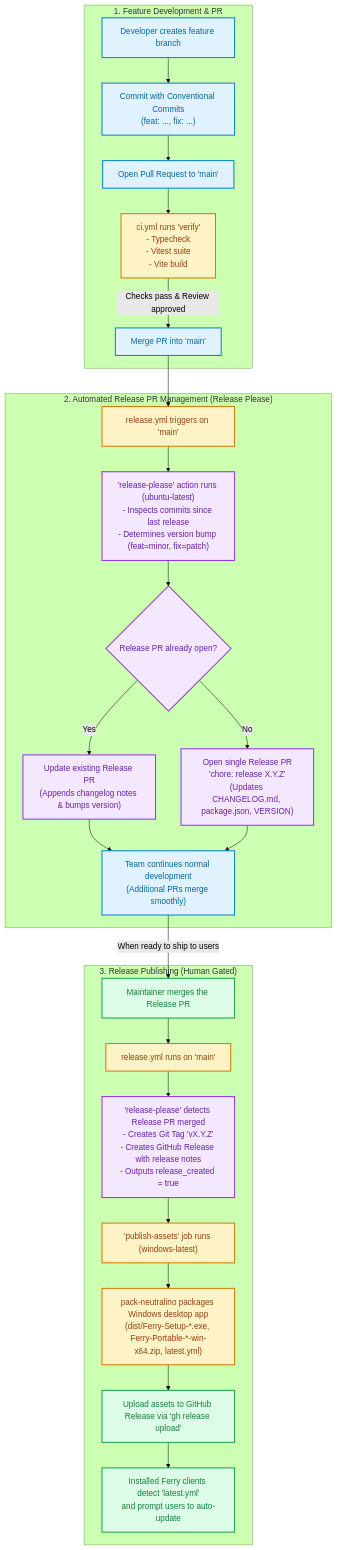
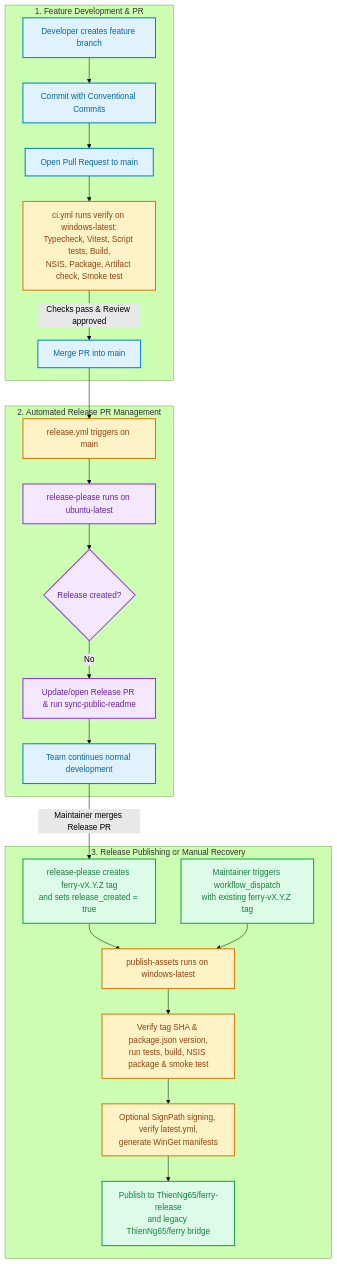
The diagram in docs/ci-cd-release-workflow.md (ThienNg65/ferry), drawn with Mermaid (forest theme) before and after one commit. The commit also changed other lines of this file and 1 other file, not shown here.

````diff
--- a/docs/ci-cd-release-workflow.md
+++ b/docs/ci-cd-release-workflow.md
@@ -21,34 +21,31 @@
 ```mermaid
 flowchart TD
     classDef dev fill:#e0f2fe,stroke:#0284c7,stroke-width:2px,color:#0369a1;
     classDef ci fill:#fef3c7,stroke:#d97706,stroke-width:2px,color:#92400e;
     classDef bot fill:#f3e8ff,stroke:#9333ea,stroke-width:2px,color:#6b21a8;
     classDef release fill:#dcfce7,stroke:#16a34a,stroke-width:2px,color:#15803d;
 
     subgraph Phase1["1. Feature Development & PR"]
-        A["Developer creates feature branch"]:::dev --> B["Commit with Conventional Commits\n(feat: ..., fix: ...)"]:::dev
-        B --> C["Open Pull Request to 'main'"]:::dev
-        C --> D["ci.yml runs 'verify'\n- Typecheck\n- Vitest suite\n- Vite build"]:::ci
-        D -->|Checks pass & Review approved| E["Merge PR into 'main'"]:::dev
+        A["Developer creates feature branch"]:::dev --> B["Commit with Conventional Commits"]:::dev
+        B --> C["Open Pull Request to main"]:::dev
+        C --> D["ci.yml runs verify on windows-latest:\nTypecheck, Vitest, Script tests, Build,\nNSIS, Package, Artifact check, Smoke test"]:::ci
+        D -->|Checks pass & Review approved| E["Merge PR into main"]:::dev
     end
 
-    subgraph Phase2["2. Automated Release PR Management (Release Please)"]
-        E --> F["release.yml triggers on 'main'"]:::ci
-        F --> G["'release-please' action runs (ubuntu-latest)\n- Inspects commits since last release\n- Determines version bump (feat=minor, fix=patch)"]:::bot
-        G --> H{"Release PR already open?"}:::bot
-        H -->|Yes| I["Update existing Release PR\n(Appends changelog notes & bumps version)"]:::bot
-        H -->|No| J["Open single Release PR\n'chore: release X.Y.Z'\n(Updates CHANGELOG.md, package.json, VERSION)"]:::bot
-        I --> K["Team continues normal development\n(Additional PRs merge smoothly)"]:::dev
-        J --> K
+    subgraph Phase2["2. Automated Release PR Management"]
+        E --> F["release.yml triggers on main"]:::ci
+        F --> G["release-please runs on ubuntu-latest"]:::bot
+        G --> H{"Release created?"}:::bot
+        H -->|No| I["Update/open Release PR & run sync-public-readme"]:::bot
+        I --> K["Team continues normal development"]:::dev
     end
 
-    subgraph Phase3["3. Release Publishing (Human Gated)"]
-        K -->|When ready to ship to users| L["Maintainer merges the Release PR"]:::release
-        L --> M["release.yml runs on 'main'"]:::ci
-        M --> N["'release-please' detects Release PR merged\n- Creates Git Tag 'vX.Y.Z'\n- Creates GitHub Release with release notes\n- Outputs release_created = true"]:::bot
-        N --> O["'publish-assets' job runs (windows-latest)"]:::ci
-        O --> P["pack-neutralino packages Windows desktop app\n(dist/Ferry-Setup-*.exe, Ferry-Portable-*-win-x64.zip, latest.yml)"]:::ci
-        P --> Q["Upload assets to GitHub Release via 'gh release upload'"]:::release
-        Q --> R["Installed Ferry clients detect 'latest.yml'\nand prompt users to auto-update"]:::release
+    subgraph Phase3["3. Release Publishing or Manual Recovery"]
+        K -->|Maintainer merges Release PR| L["release-please creates ferry-vX.Y.Z tag\nand sets release_created = true"]:::release
+        L --> O["publish-assets runs on windows-latest"]:::ci
+        M["Maintainer triggers workflow_dispatch\nwith existing ferry-vX.Y.Z tag"]:::release --> O
+        O --> P["Verify tag SHA & package.json version,\nrun tests, build, NSIS package & smoke test"]:::ci
+        P --> Q["Optional SignPath signing, verify latest.yml,\ngenerate WinGet manifests"]:::ci
+        Q --> R["Publish to ThienNg65/ferry-release\nand legacy ThienNg65/ferry bridge"]:::release
     end
 ```
````
